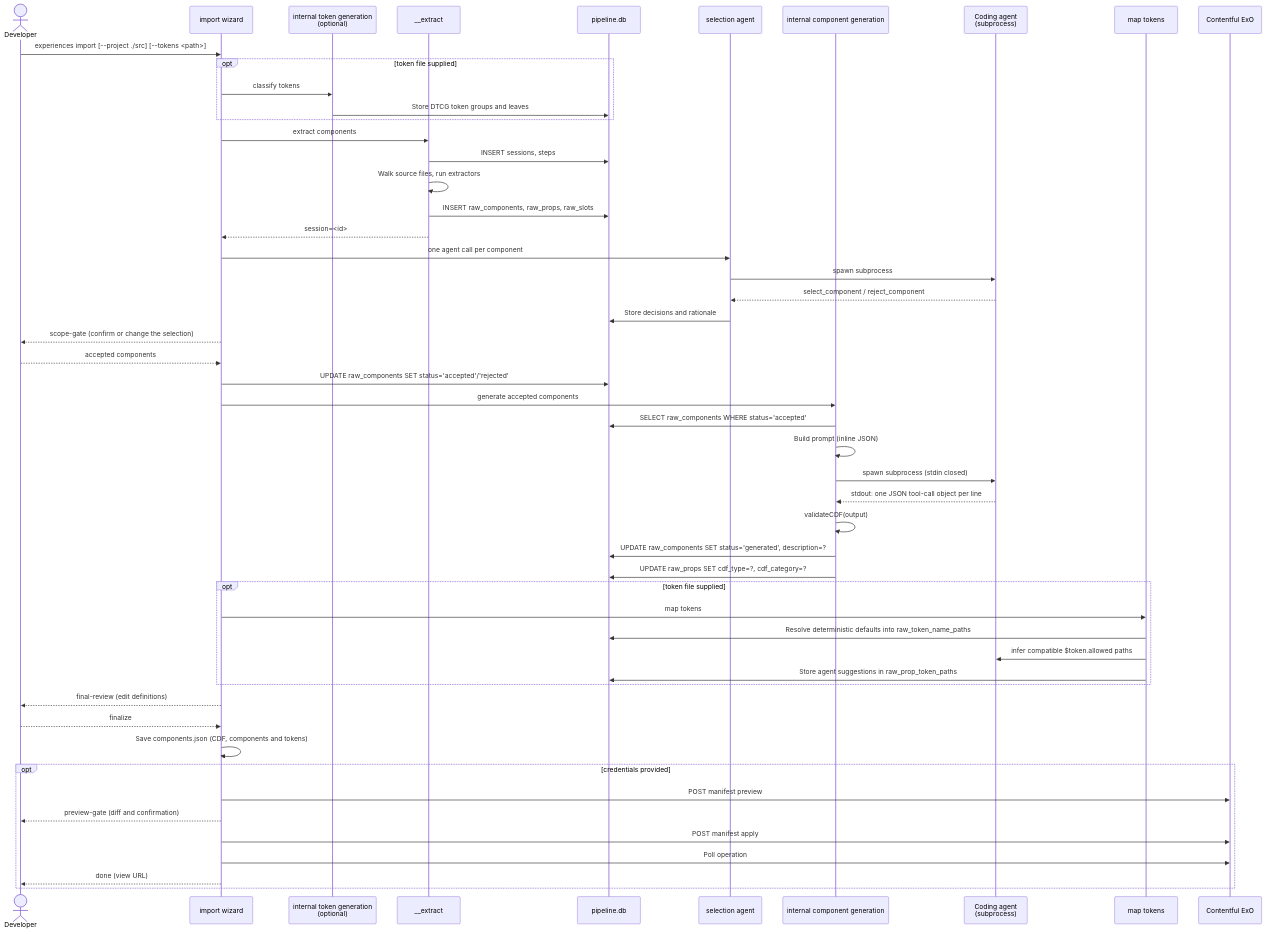
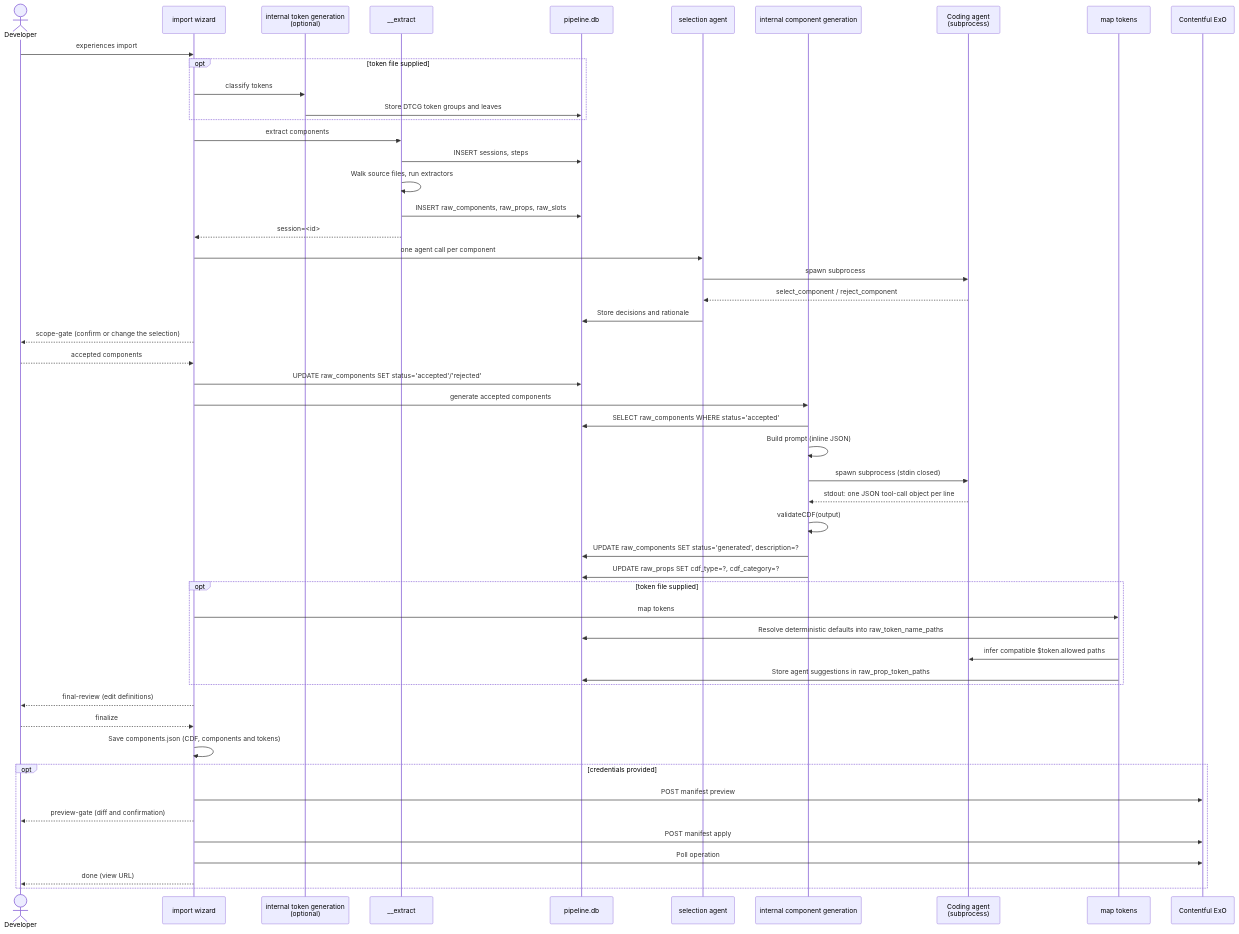
Before and after one commit to contentful/experience-design-system-sdk-public: the second of 2 diagrams in ARCHITECTURE.md, drawn with Mermaid. The commit also changed other lines of this file and 14 other files, not shown here.

````diff
--- a/ARCHITECTURE.md
+++ b/ARCHITECTURE.md
@@ -300,62 +300,62 @@
 ```mermaid
 sequenceDiagram
     actor Dev as Developer
     participant W as import wizard
     participant GT as internal token generation<br/>(optional)
     participant AE as __extract
     participant DB as pipeline.db
     participant Sel as selection agent
     participant GC as internal component generation
     participant Agent as Coding agent<br/>(subprocess)
     participant MT as map tokens
     participant CMS as Contentful ExO
 
-    Dev->>W: experiences import [--project ./src] [--tokens <path>]
+    Dev->>W: experiences import
     opt token file supplied
         W->>GT: classify tokens
         GT->>DB: Store DTCG token groups and leaves
     end
 
     W->>AE: extract components
     AE->>DB: INSERT sessions, steps
     AE->>AE: Walk source files, run extractors
     AE->>DB: INSERT raw_components, raw_props, raw_slots
     AE-->>W: session=<id>
 
     W->>Sel: one agent call per component
     Sel->>Agent: spawn subprocess
     Agent-->>Sel: select_component / reject_component
     Sel->>DB: Store decisions and rationale
 
     W-->>Dev: scope-gate (confirm or change the selection)
     Dev-->>W: accepted components
     W->>DB: UPDATE raw_components SET status='accepted'/'rejected'
 
     W->>GC: generate accepted components
     GC->>DB: SELECT raw_components WHERE status='accepted'
     GC->>GC: Build prompt (inline JSON)
     GC->>Agent: spawn subprocess (stdin closed)
     Agent-->>GC: stdout: one JSON tool-call object per line
     GC->>GC: validateCDF(output)
     GC->>DB: UPDATE raw_components SET status='generated', description=?
     GC->>DB: UPDATE raw_props SET cdf_type=?, cdf_category=?
 
     opt token file supplied
         W->>MT: map tokens
         MT->>DB: Resolve deterministic defaults into raw_token_name_paths
         MT->>Agent: infer compatible $token.allowed paths
         MT->>DB: Store agent suggestions in raw_prop_token_paths
     end
 
     W-->>Dev: final-review (edit definitions)
     Dev-->>W: finalize
     W->>W: Save components.json (CDF, components and tokens)
 
     opt credentials provided
         W->>CMS: POST manifest preview
         W-->>Dev: preview-gate (diff and confirmation)
         W->>CMS: POST manifest apply
         W->>CMS: Poll operation
         W-->>Dev: done (view URL)
     end
 ```
````
